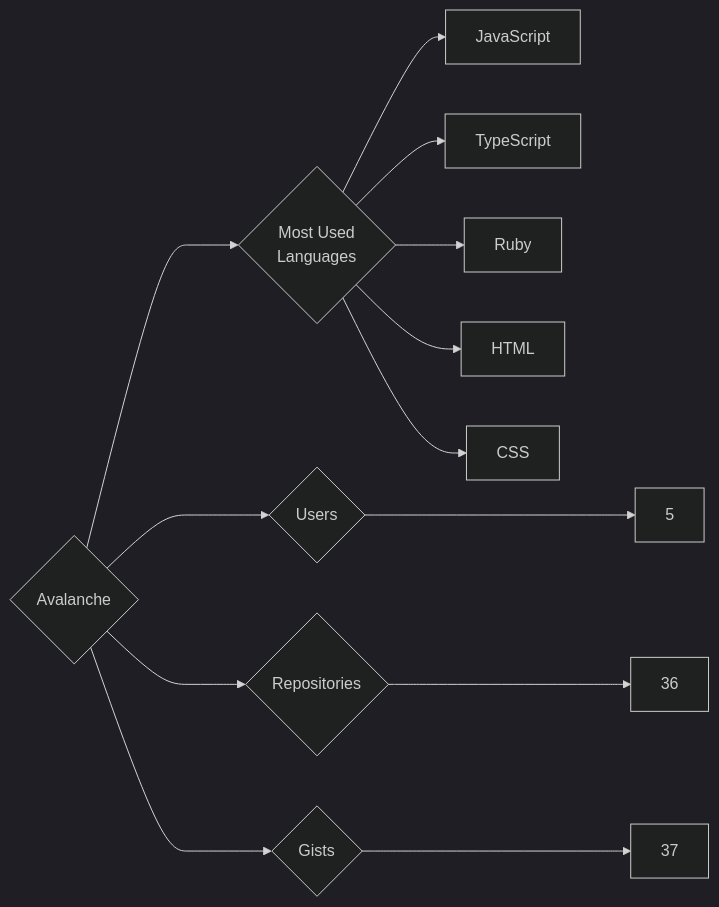
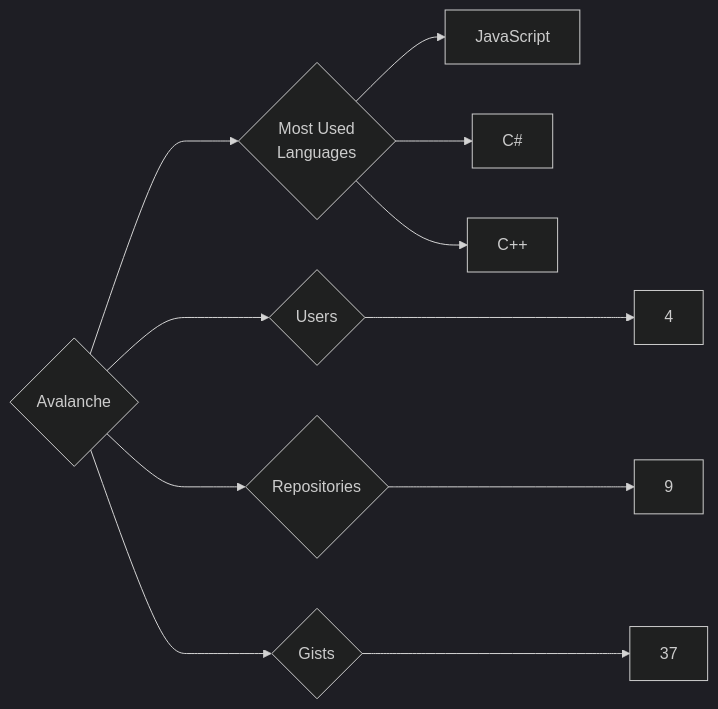
One commit to trickest/insiders changed the diagram in targets/Avalanche/README.md. Above: the diagram before and after it, drawn with Mermaid (dark theme). The commit also changed 776 other files, not shown here.

````diff
--- a/targets/Avalanche/README.md
+++ b/targets/Avalanche/README.md
@@ -3,13 +3,11 @@
 ```mermaid
 graph LR
 COMPANY_NAME{Avalanche}
-COMPANY_NAME ---> U{Users} ---> UN[5]
-COMPANY_NAME ---> R{Repositories} ---> RN[36]
+COMPANY_NAME ---> U{Users} ---> UN[4]
+COMPANY_NAME ---> R{Repositories} ---> RN[9]
 COMPANY_NAME ---> G{Gists} ---> GN[37]
 COMPANY_NAME ---> ML{Most Used<br>Languages}
 ML --> JavaScript[JavaScript]
-ML --> TypeScript[TypeScript]
-ML --> Ruby[Ruby]
-ML --> HTML[HTML]
-ML --> CSS[CSS]
+ML --> C#[C#]
+ML --> C++[C++]
 ```
````
